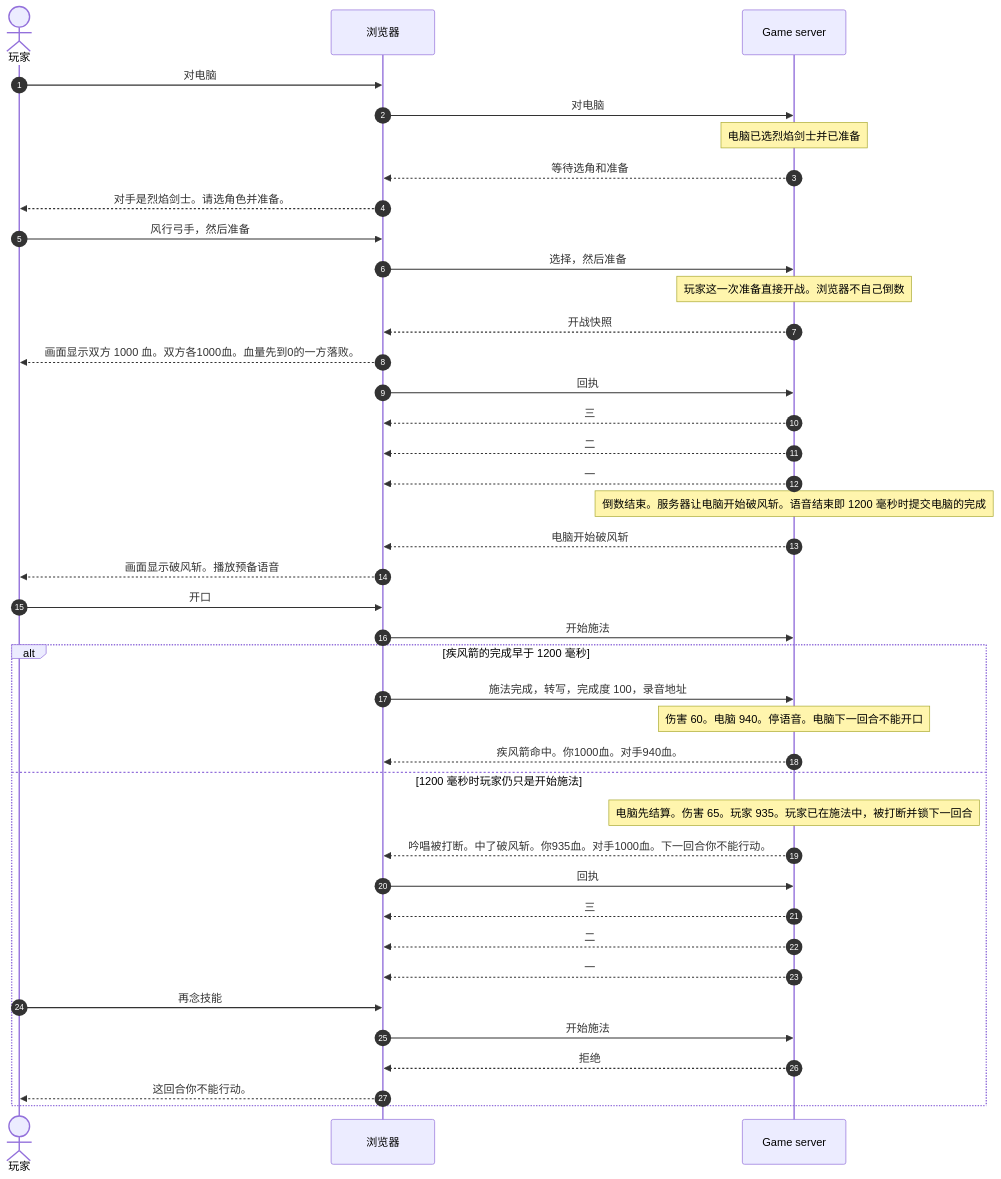
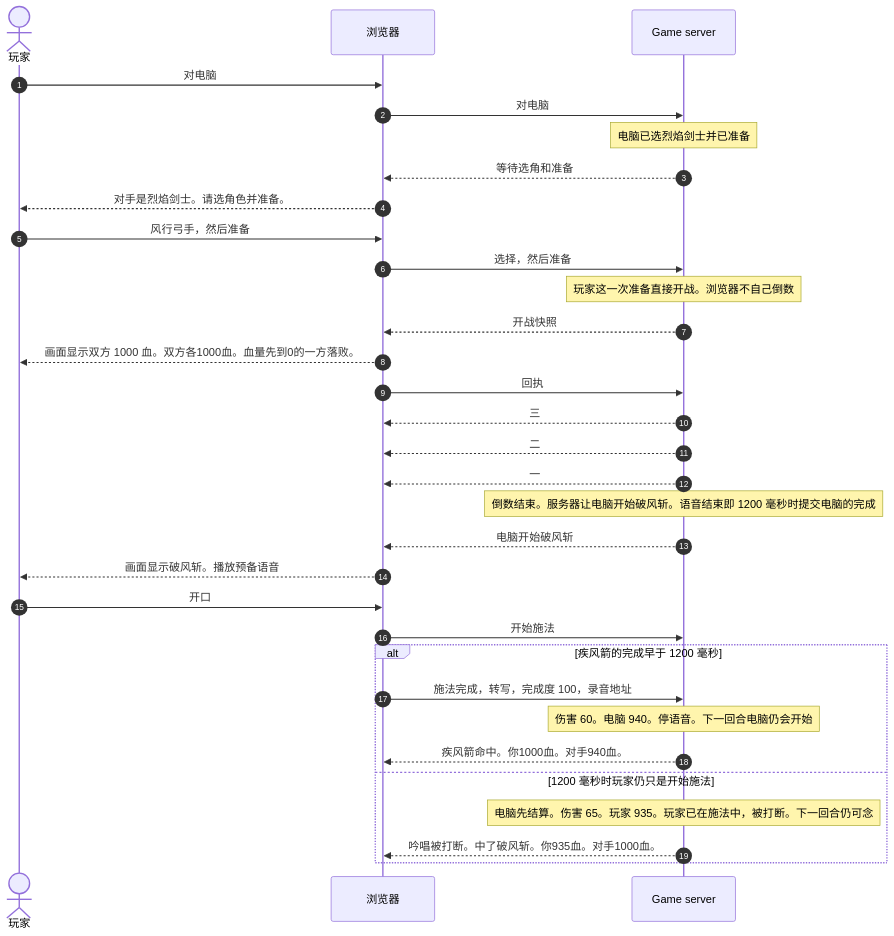
One commit to wilcosheh/lieyanliaoyuan changed the fifth of 6 diagrams in docs/交互设计.md. Above: the diagram before and after it, drawn with Mermaid. The commit also changed other lines of this file and 4 other files, not shown here.

````diff
--- a/docs/交互设计.md
+++ b/docs/交互设计.md
@@ -523,43 +511,35 @@
 ```mermaid
 sequenceDiagram
     autonumber
     actor 玩家
     participant Web as 浏览器
     participant GS as Game server
 
     玩家->>Web: 对电脑
     Web->>GS: 对电脑
     Note over GS: 电脑已选烈焰剑士并已准备
     GS-->>Web: 等待选角和准备
     Web-->>玩家: 对手是烈焰剑士。请选角色并准备。
     玩家->>Web: 风行弓手，然后准备
     Web->>GS: 选择，然后准备
     Note over GS: 玩家这一次准备直接开战。浏览器不自己倒数
     GS-->>Web: 开战快照
     Web-->>玩家: 画面显示双方 1000 血。双方各1000血。血量先到0的一方落败。
     Web->>GS: 回执
     GS-->>Web: 三
     GS-->>Web: 二
     GS-->>Web: 一
     Note over GS: 倒数结束。服务器让电脑开始破风斩。语音结束即 1200 毫秒时提交电脑的完成
     GS-->>Web: 电脑开始破风斩
     Web-->>玩家: 画面显示破风斩。播放预备语音
     玩家->>Web: 开口
     Web->>GS: 开始施法
     alt 疾风箭的完成早于 1200 毫秒
         Web->>GS: 施法完成，转写，完成度 100，录音地址
-        Note over GS: 伤害 60。电脑 940。停语音。电脑下一回合不能开口
+        Note over GS: 伤害 60。电脑 940。停语音。下一回合电脑仍会开始
         GS-->>Web: 疾风箭命中。你1000血。对手940血。
     else 1200 毫秒时玩家仍只是开始施法
-        Note over GS: 电脑先结算。伤害 65。玩家 935。玩家已在施法中，被打断并锁下一回合
-        GS-->>Web: 吟唱被打断。中了破风斩。你935血。对手1000血。下一回合你不能行动。
-        Web->>GS: 回执
-        GS-->>Web: 三
-        GS-->>Web: 二
-        GS-->>Web: 一
-        玩家->>Web: 再念技能
-        Web->>GS: 开始施法
-        GS-->>Web: 拒绝
-        Web-->>玩家: 这回合你不能行动。
+        Note over GS: 电脑先结算。伤害 65。玩家 935。玩家已在施法中，被打断。下一回合仍可念
+        GS-->>Web: 吟唱被打断。中了破风斩。你935血。对手1000血。
     end
 ```
````
